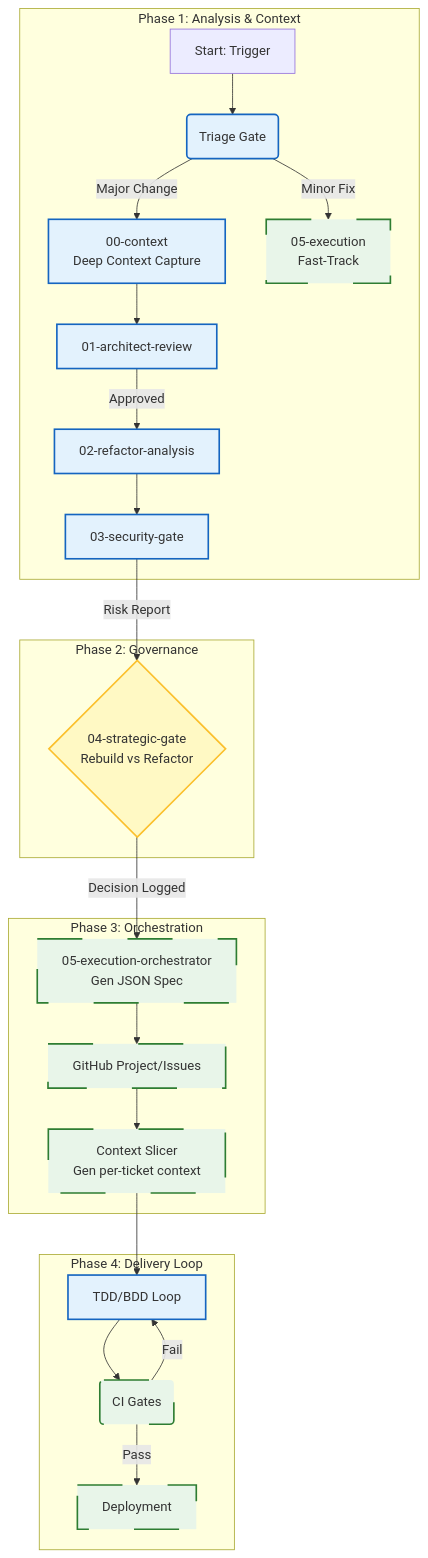
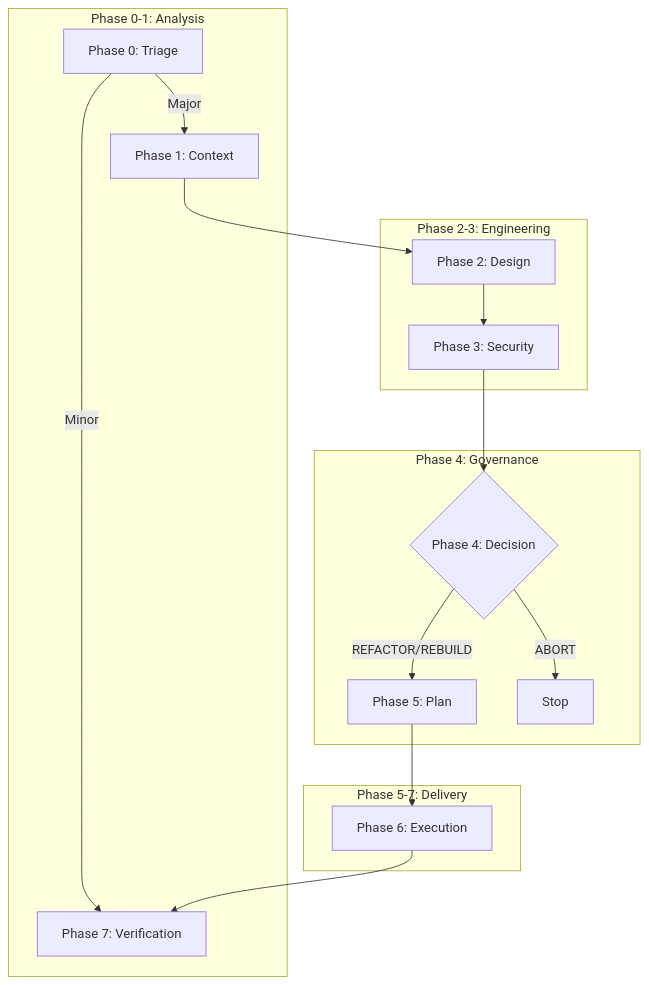
One commit to agarwalvipin/bulkhead changed the diagram in governance/FLOW_AND_GOVERNANCE.md. Above: the diagram before and after it, drawn with Mermaid. The commit also changed other lines of this file and 16 other files, not shown here.

Commit message:
feat: Reimplement SDLC workflow with phase-based stages, new artifact schemas, and updated governance documentation.

````diff
--- a/governance/FLOW_AND_GOVERNANCE.md
+++ b/governance/FLOW_AND_GOVERNANCE.md
@@ -21,36 +25,23 @@
 ```mermaid
 flowchart TD
-    %% Styling
-    classDef ai fill:#e3f2fd, stroke: #1565c0,stroke-width: 2px;
-    classDef human fill:#fff9c4,stroke: #fbc02d,stroke-width:2px;
-    classDef auto fill:#e8f5e9,stroke: #2e7d32, stroke-width: 2px,stroke-dasharray: 55;
-
-    subgraph "Phase 1: Analysis & Context"
-        A[Start: Trigger] --> B(Triage Gate):::ai
-        B -->|Major Change| C[00-context<br/>Deep Context Capture]:::ai
-        B -->|Minor Fix| G[05-execution<br/>Fast-Track]:::auto
-        C --> D[01-architect-review]:::ai
-        D -->|Approved| E[02-refactor-analysis]:::ai
-        E --> F[03-security-gate]:::ai
+    subgraph "Phase 0-1: Analysis"
+        P0[Phase 0: Triage] -->|Major| P1[Phase 1: Context]
+        P0 -->|Minor| P7[Phase 7: Fast Track Verification]
     end
 
-    subgraph "Phase 2: Governance"
-        F -->|Risk Report| H{04-strategic-gate<br/>Rebuild vs Refactor}:::human
+    subgraph "Phase 2-3: Engineering"
+        P1 --> P2[Phase 2: Design]
+        P2 --> P3[Phase 3: Security]
     end
 
-    subgraph "Phase 3: Orchestration"
-        H -->|Decision Logged| I[05-execution-orchestrator<br/>Gen JSON Spec]:::auto
-        I --> J[GitHub Project/Issues]:::auto
-        J --> K[Context Slicer<br/>Gen per-ticket context]:::auto
+    subgraph "Phase 4: Governance"
+        P3 --> P4{Phase 4: Decision}
+        P4 -->|REFACTOR/REBUILD| P5[Phase 5: Plan]
+        P4 -->|ABORT| Stop
     end
 
-    subgraph "Phase 4: Delivery Loop"
-        K --> L[TDD/BDD Loop]:::ai
-        L --> M(CI Gates):::auto
-        M -->|Fail| L
-        M -->|Pass| N[Deployment]:::auto
+    subgraph "Phase 5-7: Delivery"
+        P5 --> P6[Phase 6: Execution]
+        P6 --> P7[Phase 7: Verification]
     end
-
-    %% Legend
-    linkStyle default stroke:#333, stroke-width:1px;
 ```
````
